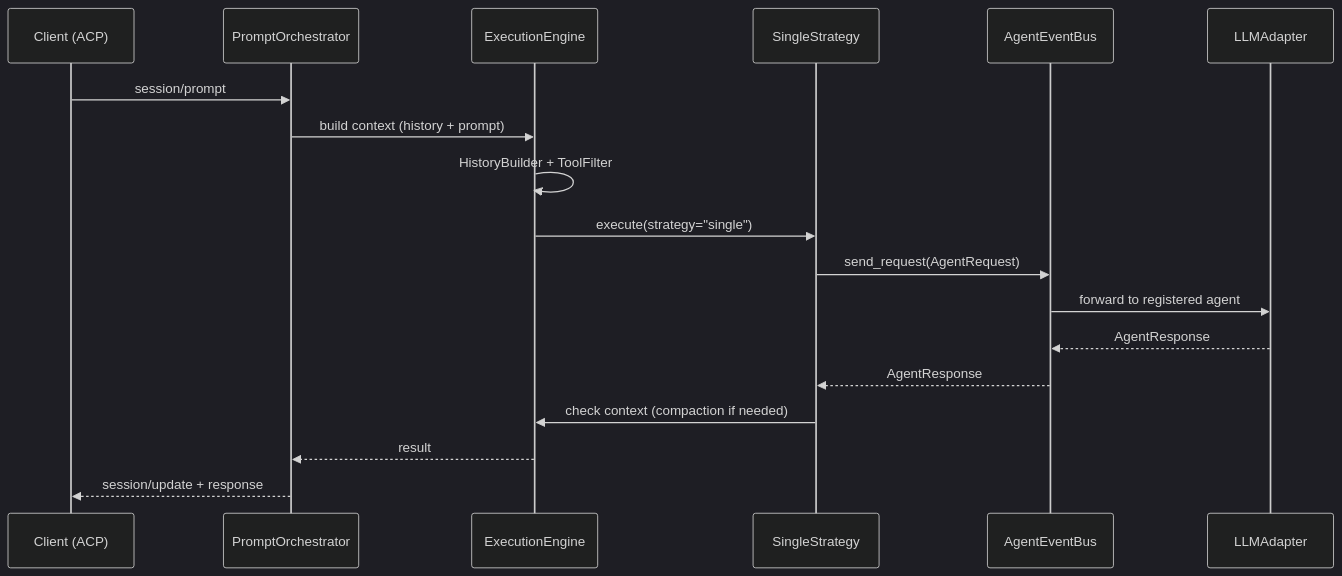
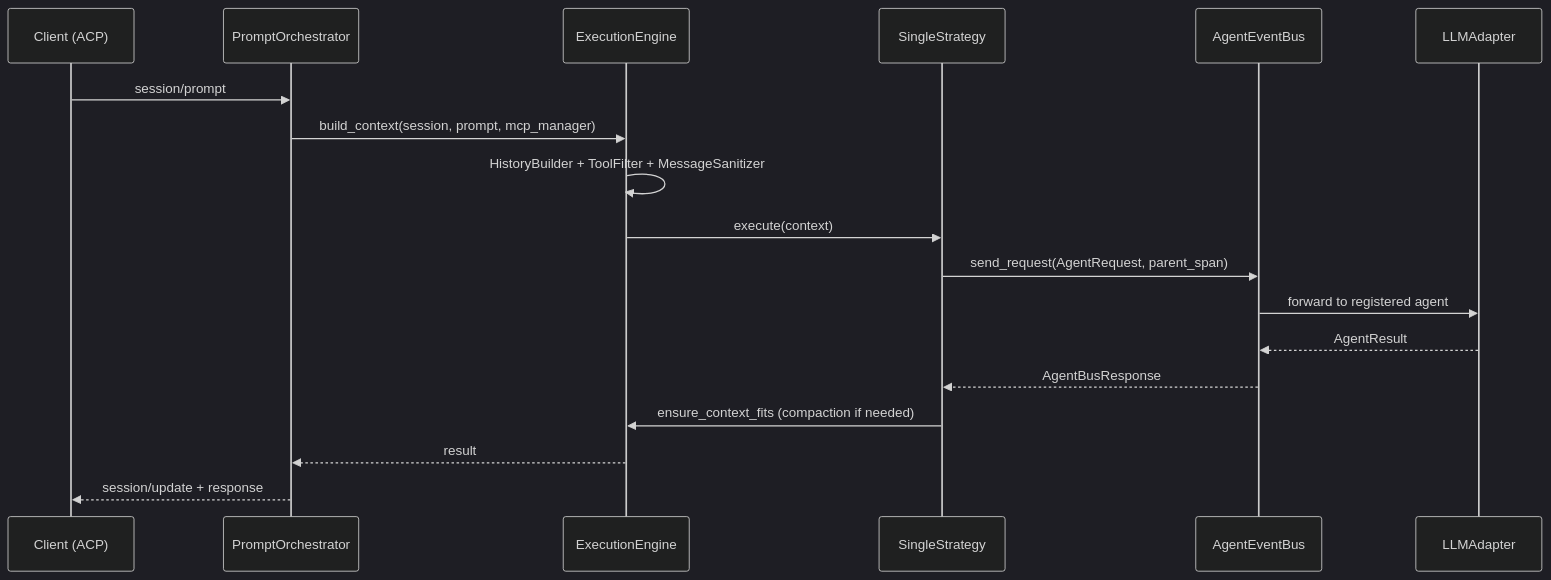
Before and after one commit to pese-git/codelab-agent: the diagram in openspec/changes/multiagent-single-strategy/proposal.md, drawn with Mermaid (dark theme). The commit also changed other lines of this file and 21 other files, not shown here.

````diff
--- a/openspec/changes/multiagent-single-strategy/proposal.md
+++ b/openspec/changes/multiagent-single-strategy/proposal.md
@@ -49,21 +55,21 @@
 ```mermaid
 sequenceDiagram
     participant Client as Client (ACP)
     participant Pipeline as PromptOrchestrator
     participant Engine as ExecutionEngine
     participant Strategy as SingleStrategy
     participant EventBus as AgentEventBus
     participant LLM as LLMAdapter
 
     Client->>Pipeline: session/prompt
-    Pipeline->>Engine: build context (history + prompt)
-    Engine->>Engine: HistoryBuilder + ToolFilter
-    Engine->>Strategy: execute(strategy="single")
-    Strategy->>EventBus: send_request(AgentRequest)
+    Pipeline->>Engine: build_context(session, prompt, mcp_manager)
+    Engine->>Engine: HistoryBuilder + ToolFilter + MessageSanitizer
+    Engine->>Strategy: execute(context)
+    Strategy->>EventBus: send_request(AgentRequest, parent_span)
     EventBus->>LLM: forward to registered agent
-    LLM-->>EventBus: AgentResponse
-    EventBus-->>Strategy: AgentResponse
-    Strategy->>Engine: check context (compaction if needed)
+    LLM-->>EventBus: AgentResult
+    EventBus-->>Strategy: AgentBusResponse
+    Strategy->>Engine: ensure_context_fits (compaction if needed)
     Engine-->>Pipeline: result
     Pipeline-->>Client: session/update + response
 ```
````
